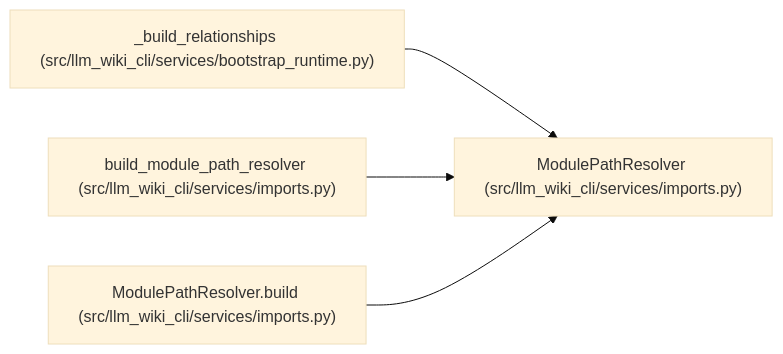
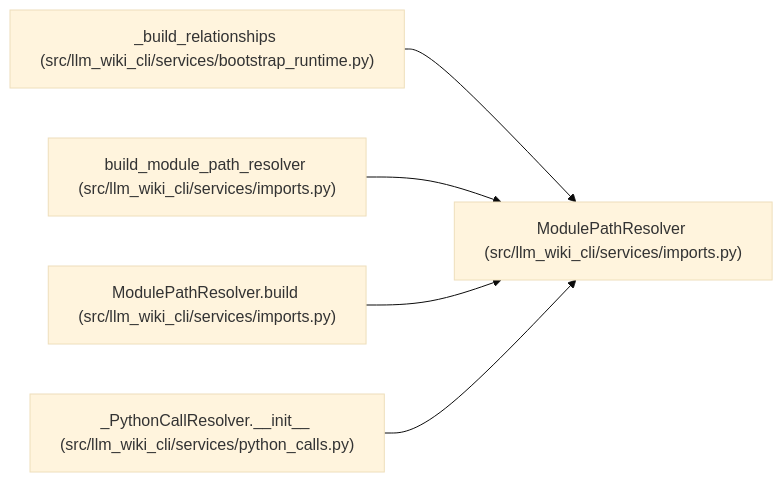
The diagram in docs/llm_wiki/entities/ModulePathResolver.md (Denissvgn/python-wiki-llm), drawn with Mermaid (base theme) before and after one commit. The commit also changed other lines of this file and 719 other files, not shown here.

````diff
--- a/docs/llm_wiki/entities/ModulePathResolver.md
+++ b/docs/llm_wiki/entities/ModulePathResolver.md
@@ -48,14 +49,17 @@
 ```mermaid
 flowchart LR
     n0["ModulePathResolver (src/llm_wiki_cli/services/imports.py)"]
     n1["_build_relationships (src/llm_wiki_cli/services/bootstrap_runtime.py)"]
     n2["build_module_path_resolver (src/llm_wiki_cli/services/imports.py)"]
     n3["ModulePathResolver.build (src/llm_wiki_cli/services/imports.py)"]
+    n4["_PythonCallResolver.__init__ (src/llm_wiki_cli/services/python_calls.py)"]
     n1 --> n0
     n2 --> n0
     n3 --> n0
+    n4 --> n0
     click n0 "../modules/imports.md"
     click n1 "../modules/bootstrap_runtime.md"
     click n2 "../modules/imports.md"
     click n3 "../modules/imports.md"
+    click n4 "../modules/python_calls.md"
 ```
````
